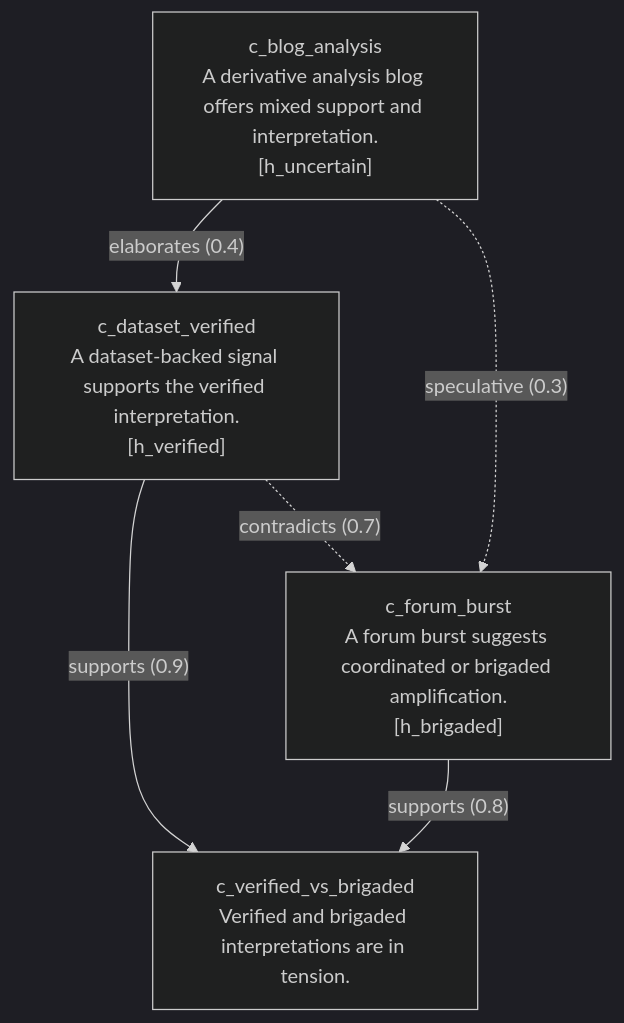
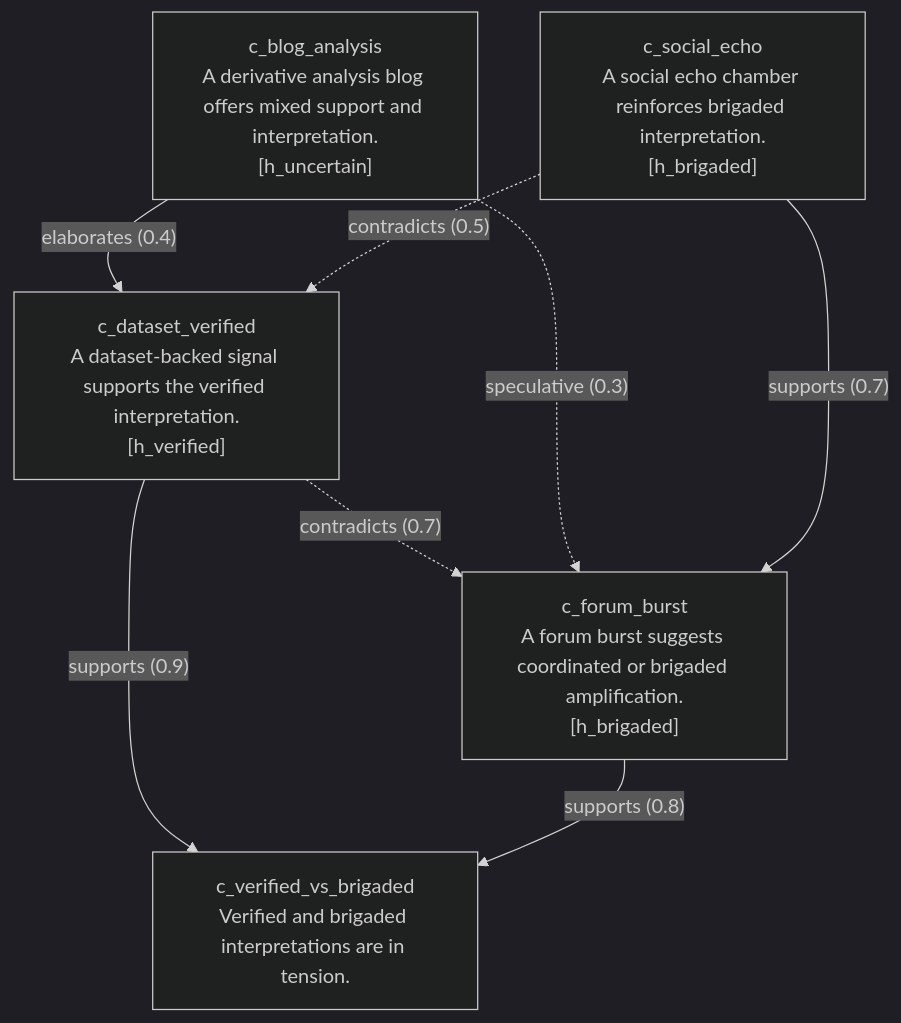
One commit to IIllIlIllI/AGInet changed the diagram in docs/generated-claim-graph.md. Above: the diagram before and after it, drawn with Mermaid (dark theme). The commit also changed other lines of this file and 162 other files, not shown here.

````diff
--- a/docs/generated-claim-graph.md
+++ b/docs/generated-claim-graph.md
@@ -8,12 +8,15 @@
 ```mermaid
 flowchart TD
     c_dataset_verified["c_dataset_verified\nA dataset-backed signal supports the verified interpretation.\n[h_verified]"]
     c_forum_burst["c_forum_burst\nA forum burst suggests coordinated or brigaded amplification.\n[h_brigaded]"]
     c_blog_analysis["c_blog_analysis\nA derivative analysis blog offers mixed support and interpretation.\n[h_uncertain]"]
     c_verified_vs_brigaded["c_verified_vs_brigaded\nVerified and brigaded interpretations are in tension."]
+    c_social_echo["c_social_echo\nA social echo chamber reinforces brigaded interpretation.\n[h_brigaded]"]
     c_dataset_verified -->|"supports (0.9)"| c_verified_vs_brigaded
     c_forum_burst -->|"supports (0.8)"| c_verified_vs_brigaded
     c_dataset_verified -.->|"contradicts (0.7)"| c_forum_burst
     c_blog_analysis -->|"elaborates (0.4)"| c_dataset_verified
     c_blog_analysis -.->|"speculative (0.3)"| c_forum_burst
+    c_social_echo -->|"supports (0.7)"| c_forum_burst
+    c_social_echo -.->|"contradicts (0.5)"| c_dataset_verified
 ```
````
